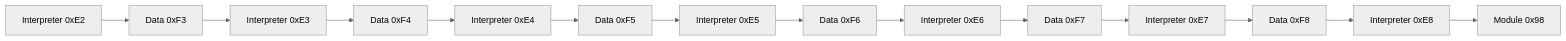
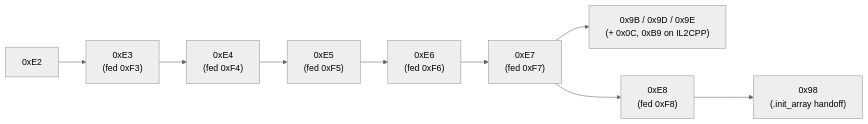
One commit to Momoko-Ayase/crackproof-research changed the diagram in internals/android-so/en/runtime/stage2-interpreter.md. Above: the diagram before and after it, drawn with Mermaid (neutral theme). The commit also changed other lines of this file and 446 other files, not shown here.

````diff
--- a/internals/android-so/en/runtime/stage2-interpreter.md
+++ b/internals/android-so/en/runtime/stage2-interpreter.md
@@ -9,16 +10,11 @@
 ```mermaid
 flowchart LR
-    E2["Interpreter 0xE2"] --> F3["Data 0xF3"]
-    F3 --> E3["Interpreter 0xE3"]
-    E3 --> F4["Data 0xF4"]
-    F4 --> E4["Interpreter 0xE4"]
-    E4 --> F5["Data 0xF5"]
-    F5 --> E5["Interpreter 0xE5"]
-    E5 --> F6["Data 0xF6"]
-    F6 --> E6["Interpreter 0xE6"]
-    E6 --> F7["Data 0xF7"]
-    F7 --> E7["Interpreter 0xE7"]
-    E7 --> F8["Data 0xF8"]
-    F8 --> E8["Interpreter 0xE8"]
-    E8 --> M98["Module 0x98"]
+    E2["0xE2"] --> E3["0xE3\n(fed 0xF3)"]
+    E3 --> E4["0xE4\n(fed 0xF4)"]
+    E4 --> E5["0xE5\n(fed 0xF5)"]
+    E5 --> E6["0xE6\n(fed 0xF6)"]
+    E6 --> E7["0xE7\n(fed 0xF7)"]
+    E7 --> REST["0x9B / 0x9D / 0x9E\n(+ 0x0C, 0xB9 on IL2CPP)"]
+    E7 --> E8["0xE8\n(fed 0xF8)"]
+    E8 --> M98["0x98\n(.init_array handoff)"]
 ```
````
